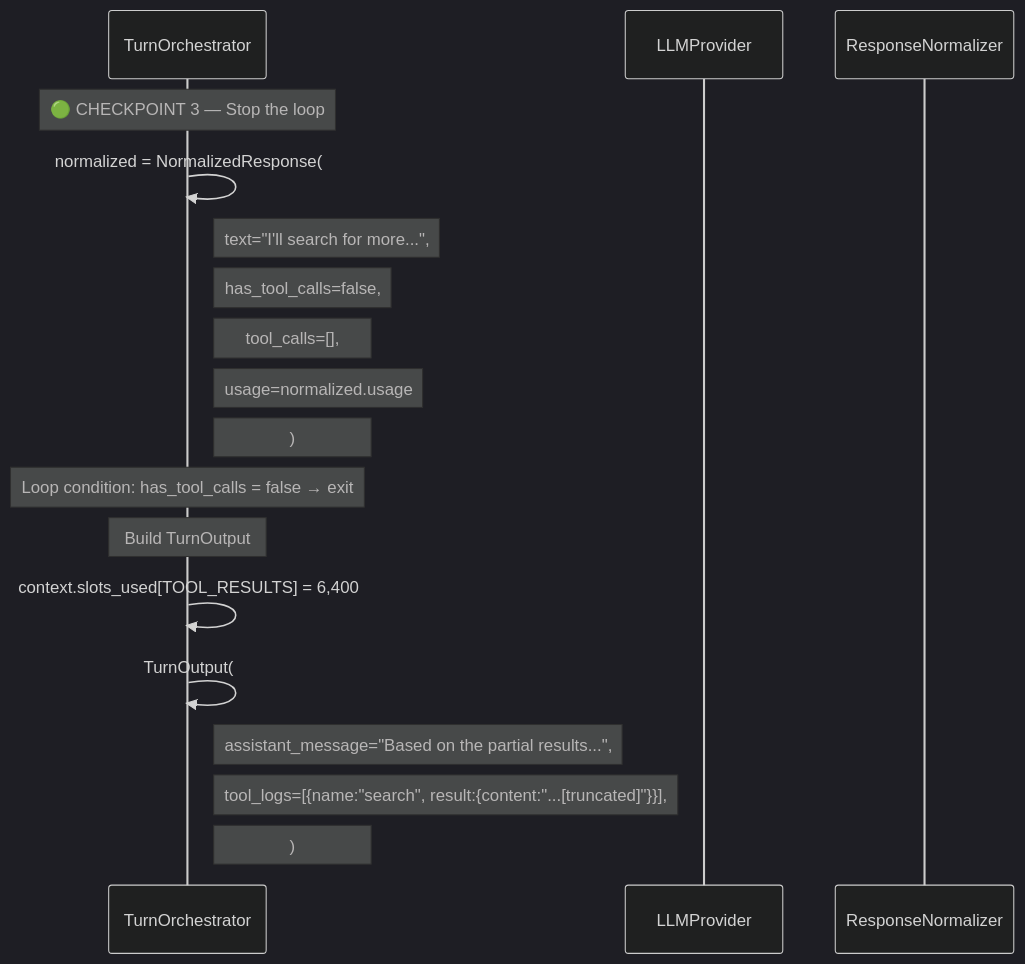
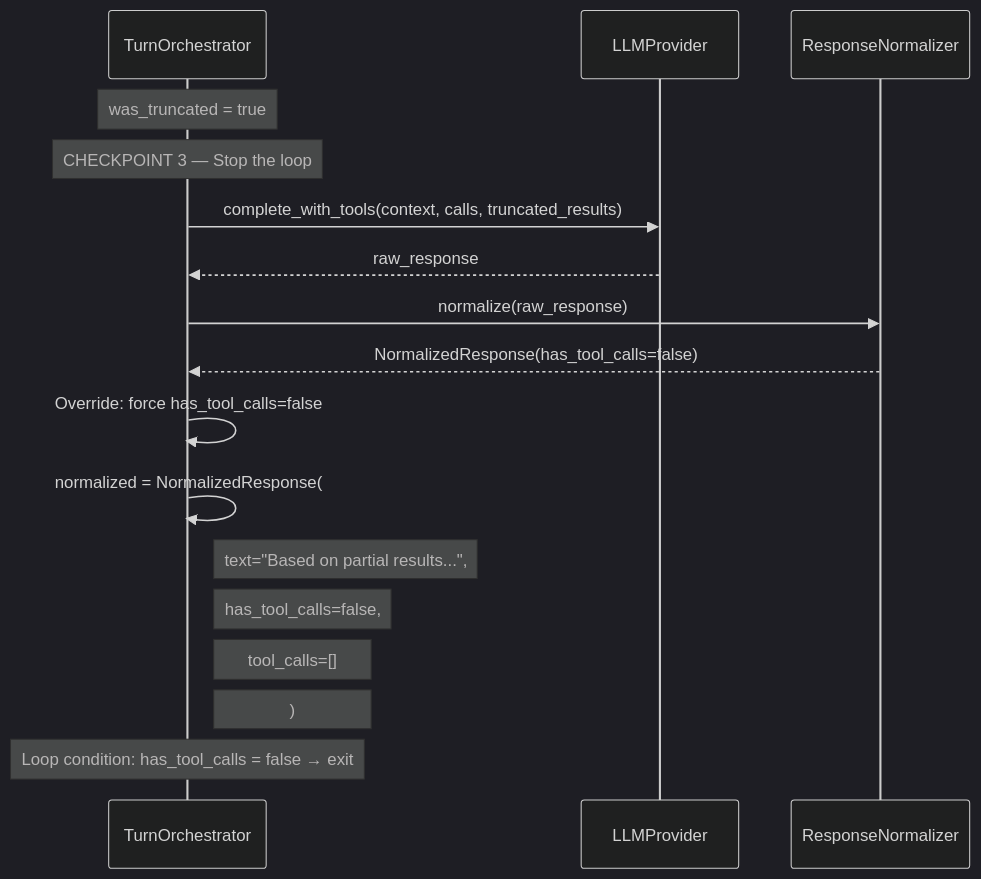
One commit to m1981/kuchnie changed the fourth of 4 diagrams in kitchen-agent/docs/f01-token-tool-loop.md. Above: the diagram before and after it, drawn with Mermaid (dark theme). The commit also changed other lines of this file, not shown here.

````diff
--- a/kitchen-agent/docs/f01-token-tool-loop.md
+++ b/kitchen-agent/docs/f01-token-tool-loop.md
@@ -219,23 +162,24 @@
 ```mermaid
 sequenceDiagram
     participant TO as TurnOrchestrator
     participant LLM as LLMProvider
     participant NR as ResponseNormalizer
 
-    Note over TO: 🟢 CHECKPOINT 3 — Stop the loop
+    Note over TO: was_truncated = true
+
+    Note over TO: CHECKPOINT 3 — Stop the loop
+    TO->>LLM: complete_with_tools(context, calls, truncated_results)
+    LLM-->>TO: raw_response
+
+    TO->>NR: normalize(raw_response)
+    NR-->>TO: NormalizedResponse(has_tool_calls=false)
+
+    TO->>TO: Override: force has_tool_calls=false
     TO->>TO: normalized = NormalizedResponse(
-    Note right of TO: text="I'll search for more...",
+    Note right of TO: text="Based on partial results...",
     Note right of TO: has_tool_calls=false,
-    Note right of TO: tool_calls=[],
-    Note right of TO: usage=normalized.usage
+    Note right of TO: tool_calls=[]
     Note right of TO: )
 
     Note over TO: Loop condition: has_tool_calls = false → exit
-
-    Note over TO: Build TurnOutput
-    TO->>TO: context.slots_used[TOOL_RESULTS] = 6,400
-    TO->>TO: TurnOutput(
-    Note right of TO: assistant_message="Based on the partial results...",
-    Note right of TO: tool_logs=[{name:"search", result:{content:"...[truncated]"}}],
-    Note right of TO: )
 ```
````
